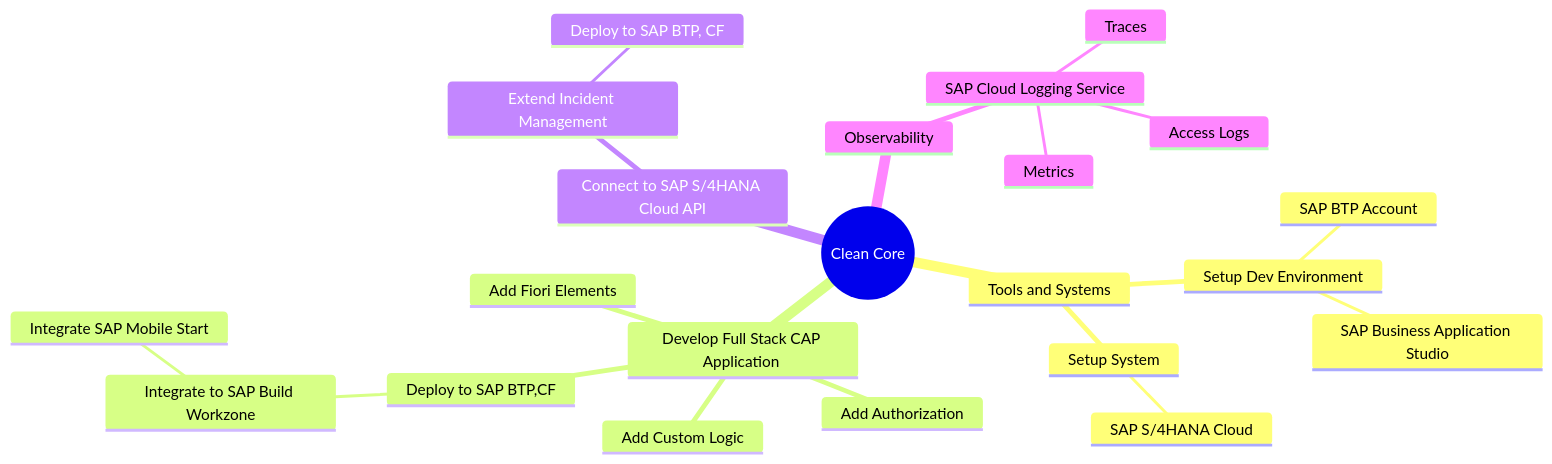
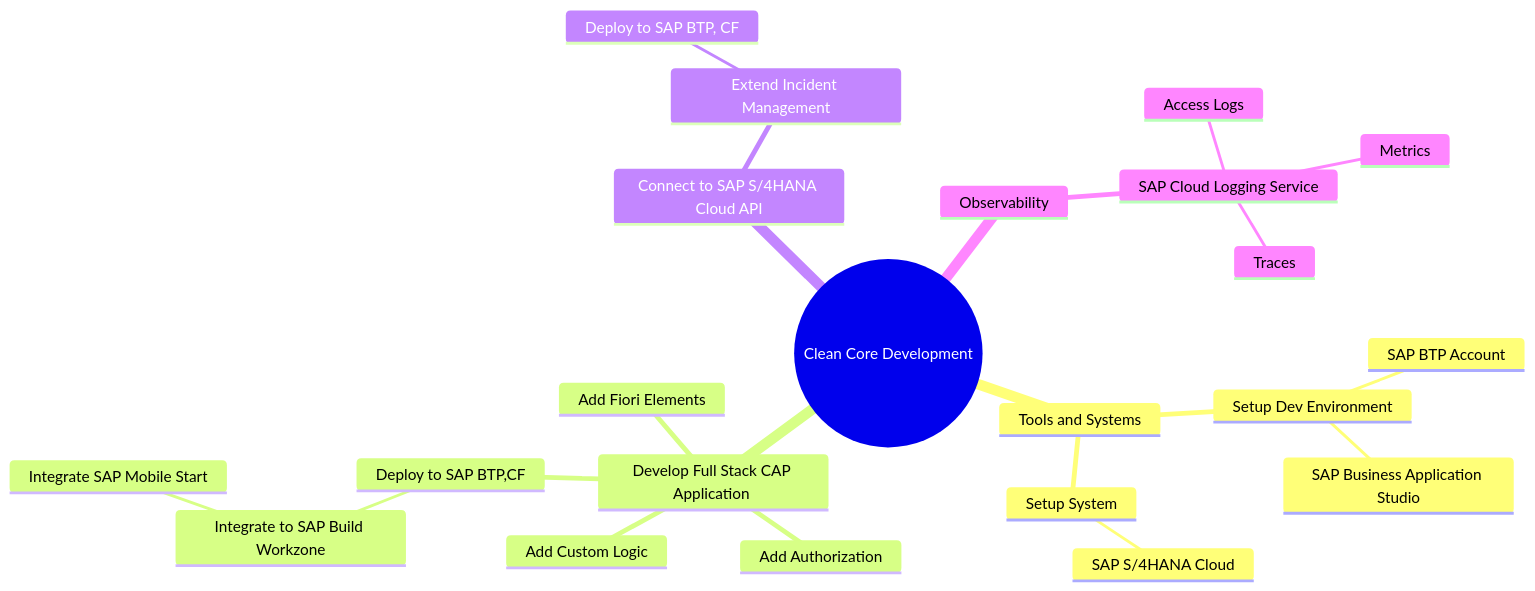
One commit to SAP-samples/btp-end-to-end-scenario-use-cases changed the diagram in topic3/README.md. Above: the diagram before and after it, drawn with Mermaid.

````diff
--- a/topic3/README.md
+++ b/topic3/README.md
@@ -9,25 +9,25 @@
 ```mermaid
    mindmap
-  root((Clean Core))
+  root((Clean Core Development))
     Tools and Systems
       Setup Dev Environment
         SAP BTP Account
         SAP Business Application Studio
       Setup System   
         SAP S/4HANA Cloud
     Develop Full Stack CAP Application 
       Add Custom Logic
       Add Fiori Elements
       Add Authorization
       Deploy to SAP BTP,CF
         Integrate to SAP Build Workzone
           Integrate SAP Mobile Start
     Connect to SAP S/4HANA Cloud API
       Extend Incident Management
         Deploy to SAP BTP, CF
     Observability
       SAP Cloud Logging Service
         Access Logs
         Metrics
         Traces
 ```
````
